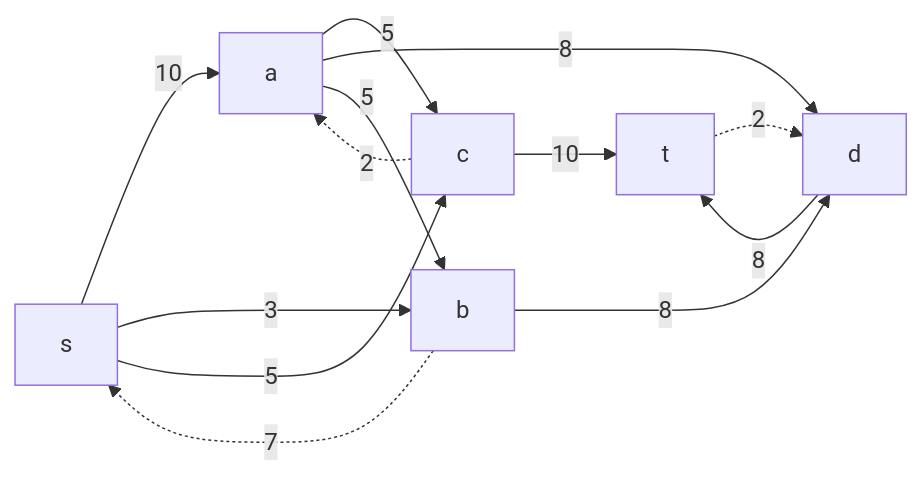
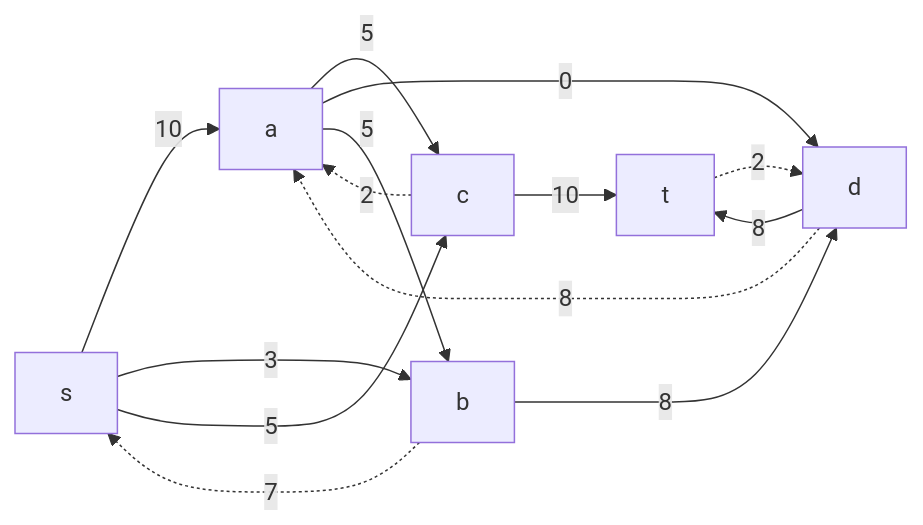
One commit to HSE-algo-23-owl/manual_tasks changed diagram 12 of 16 in task_15/blur_15.md. Above: the diagram before and after it, drawn with Mermaid. The commit also changed other lines of this file, not shown here.

````diff
--- a/task_15/blur_15.md
+++ b/task_15/blur_15.md
@@ -166,15 +167,16 @@
 ```mermaid
 graph LR
     s-->|10|a
     s-->|3|b
     b-.->|7|s
     s-->|5|c
     a-->|5|c
     c-.->|2|a
-    a-->|8|d
+    a-->|0|d
+    d-.->|8|a
     a-->|5|b
     b-->|8|d
     c-->|10|t
     d-->|8|t
     t-.->|2|d
 ```
````
